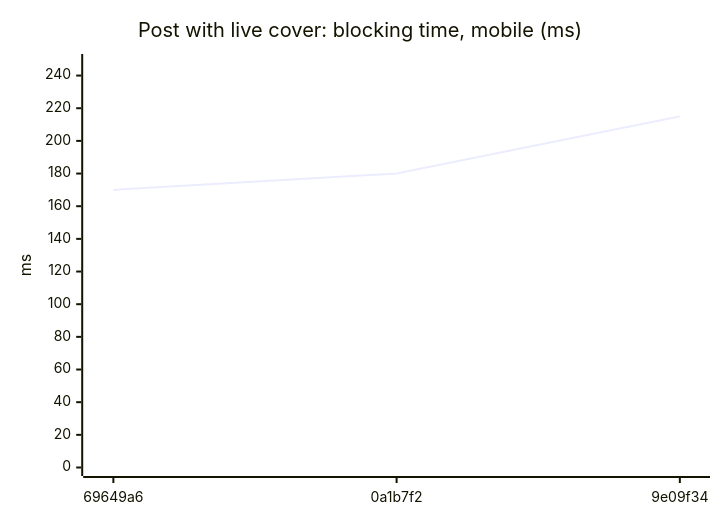
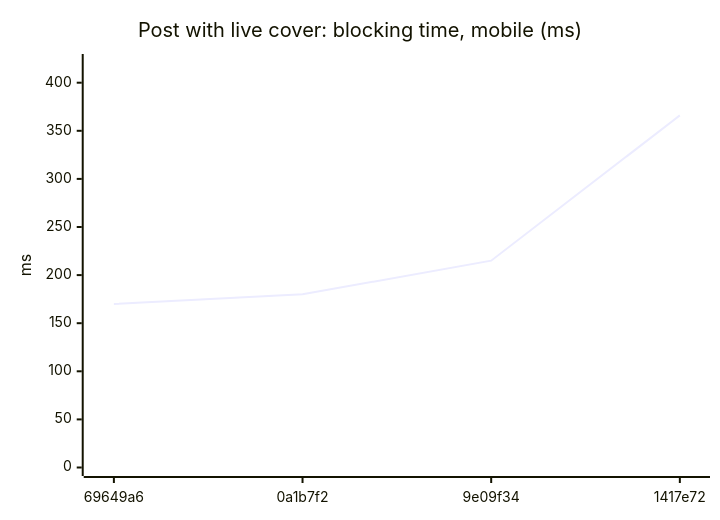
Before and after one commit to AxelUser/maltsev.space: diagram 14 of 18 in README.md, drawn with Mermaid. The commit also changed other lines of this file and 1 other file, not shown here.

````diff
--- a/README.md
+++ b/README.md
@@ -151,7 +151,7 @@
 ```mermaid
 xychart-beta
   title "Post with live cover: blocking time, mobile (ms)"
-  x-axis ["69649a6", "0a1b7f2", "9e09f34"]
-  y-axis "ms" 0 --> 248
-  line [170, 180, 215]
+  x-axis ["69649a6", "0a1b7f2", "9e09f34", "1417e72"]
+  y-axis "ms" 0 --> 421
+  line [170, 180, 215, 366]
 ```
````
